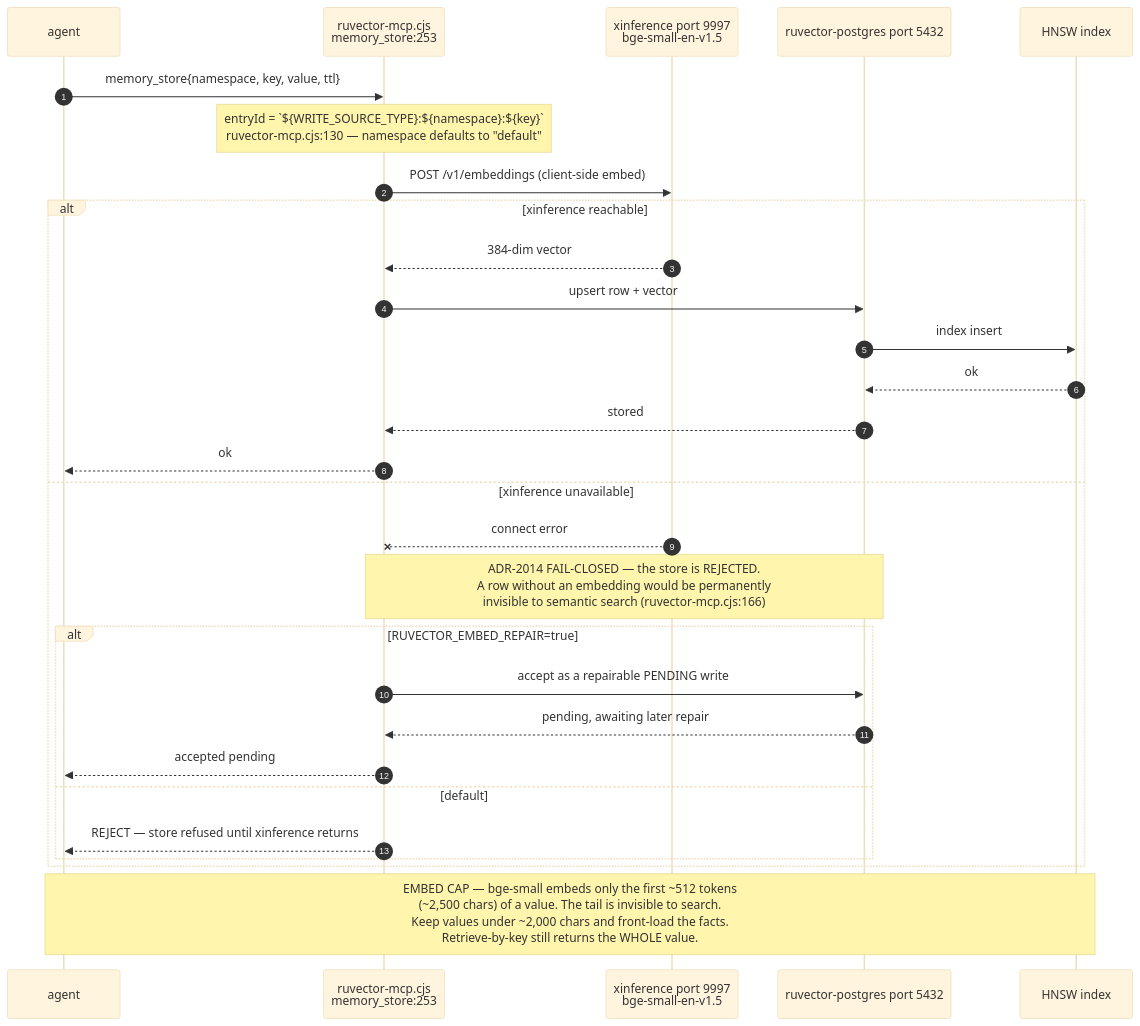
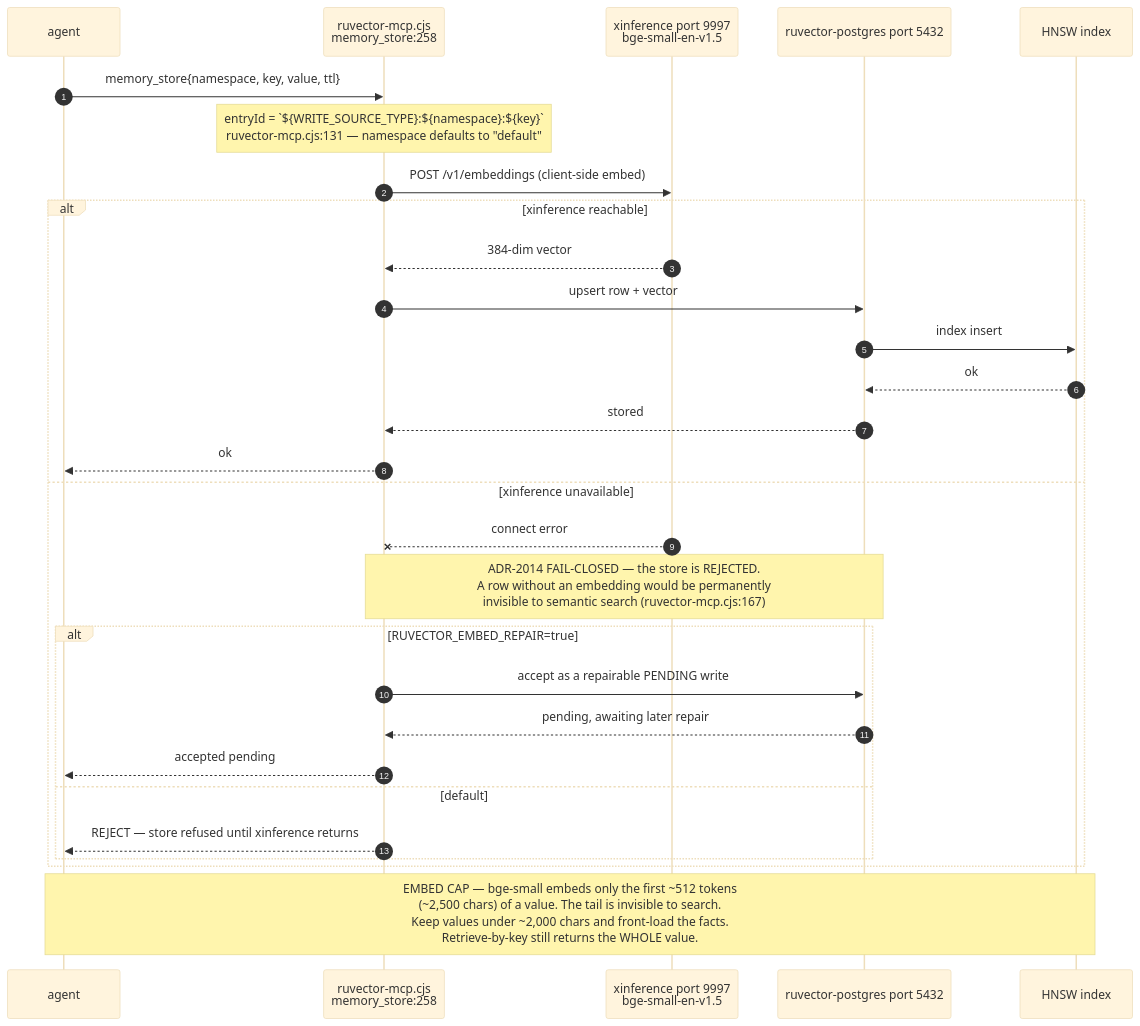
One commit to DreamLab-AI/VisionFlow changed the second of 6 diagrams in docs/diagrams/estate/07-memory-and-embedding-estate.md. Above: the diagram before and after it, drawn with Mermaid (base theme). The commit also changed other lines of this file and 160 other files, not shown here.

````diff
--- a/docs/diagrams/estate/07-memory-and-embedding-estate.md
+++ b/docs/diagrams/estate/07-memory-and-embedding-estate.md
@@ -71,32 +78,32 @@
 ```mermaid
 sequenceDiagram
     autonumber
     participant A as agent
-    participant M as ruvector-mcp.cjs<br/>memory_store:253
+    participant M as ruvector-mcp.cjs<br/>memory_store:258
     participant X as xinference port 9997<br/>bge-small-en-v1.5
     participant P as ruvector-postgres port 5432
     participant H as HNSW index
 
     A->>M: memory_store{namespace, key, value, ttl}
-    Note over M: entryId = `${WRITE_SOURCE_TYPE}:${namespace}:${key}`<br/>ruvector-mcp.cjs:130 — namespace defaults to "default"
+    Note over M: entryId = `${WRITE_SOURCE_TYPE}:${namespace}:${key}`<br/>ruvector-mcp.cjs:131 — namespace defaults to "default"
     M->>X: POST /v1/embeddings (client-side embed)
     alt xinference reachable
         X-->>M: 384-dim vector
         M->>P: upsert row + vector
         P->>H: index insert
         H-->>P: ok
         P-->>M: stored
         M-->>A: ok
     else xinference unavailable
         X--xM: connect error
-        Note over M,P: ADR-2014 FAIL-CLOSED — the store is REJECTED.<br/>A row without an embedding would be permanently<br/>invisible to semantic search (ruvector-mcp.cjs:166)
+        Note over M,P: ADR-2014 FAIL-CLOSED — the store is REJECTED.<br/>A row without an embedding would be permanently<br/>invisible to semantic search (ruvector-mcp.cjs:167)
         alt RUVECTOR_EMBED_REPAIR=true
             M->>P: accept as a repairable PENDING write
             P-->>M: pending, awaiting later repair
             M-->>A: accepted pending
         else default
             M-->>A: REJECT — store refused until xinference returns
         end
     end
     Note over A,H: EMBED CAP — bge-small embeds only the first ~512 tokens<br/>(~2,500 chars) of a value. The tail is invisible to search.<br/>Keep values under ~2,000 chars and front-load the facts.<br/>Retrieve-by-key still returns the WHOLE value.
 ```
````
